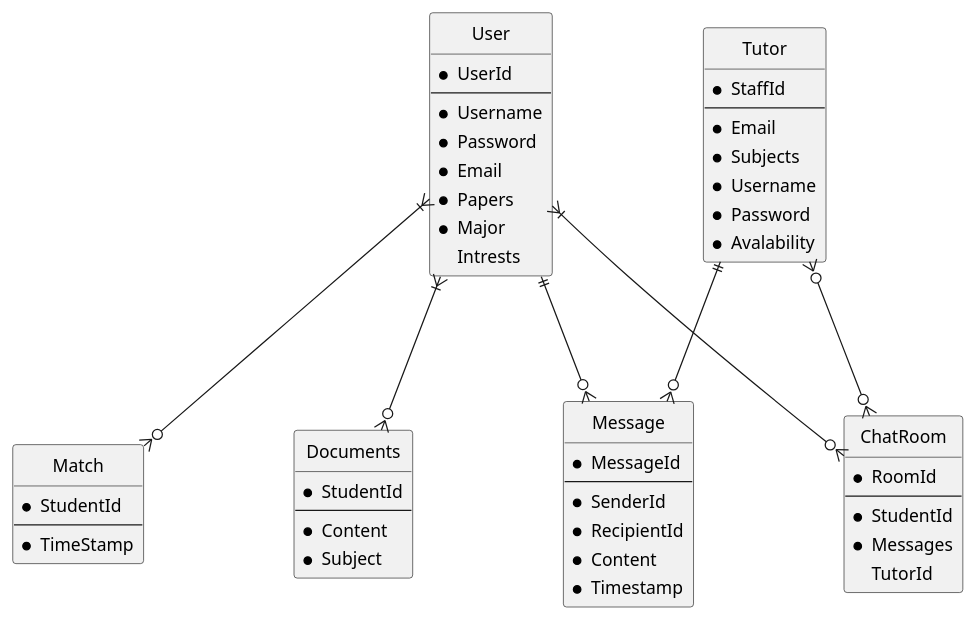
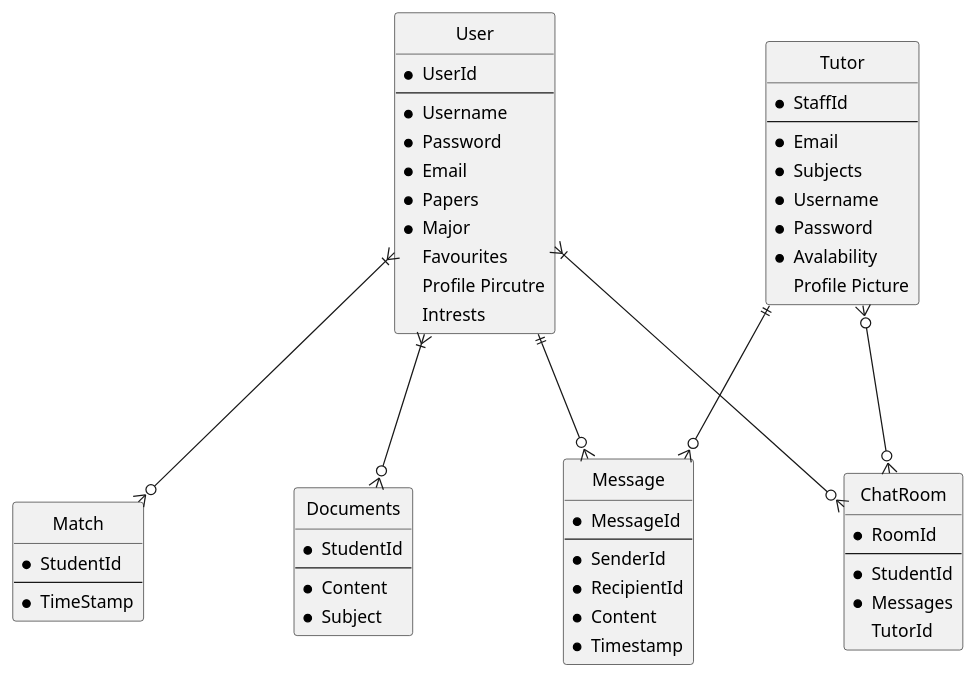
The diagram in StudyBuddy.puml (annikamarriner123/StudyBuddy), drawn with PlantUML before and after one commit.

Commit message:
Added fields to user to match reqs

```diff
--- a/StudyBuddy.puml
+++ b/StudyBuddy.puml
@@ -1,97 +1,100 @@
 @startuml
 
 skinparam {
   Style StrictUML
 
   ' make the stereotypes less ugly
   ClassStereotypeFont {
     Size 10
     Style plain
   }
 
   ' make boxes slightly less pointy
   RoundCorner 5
 
   ' make everything slightly less cramped
   Padding 2
 
   ' vertical spacing (make room for labels)
   RankSep 100
 
   ' horizontal spacing (make room for labels)
   NodeSep 120
 }
 
+
 'The students who will use the app
 class "User" as user {
 * UserId
 --
 * Username
 * Password
 * Email
 * Papers
 * Major
- Intrests
+  Favourites
+  Profile Pircutre
+  Intrests
 }
 
 
 
 'Represents the tutors present on the app
 class "Tutor" as tutor{
 * StaffId
 --
 * Email
 * Subjects
 * Username
 * Password
 * Avalability
+Profile Picture
 }
 
 'Stores results when a match is made 
-'Should staffId be there as an optional thing?
 class "Match" as match{
   *StudentId
   --
   * TimeStamp
 }
 
 'This represents messages between one user and another a DM
 class "Message" as msg {
   * MessageId
   --
   * SenderId
   * RecipientId
   * Content
   * Timestamp
 }
 
 
 'This is the group chat aspect where multiple tutors and students can be present
 class "ChatRoom" as room {
   * RoomId
   --
   * StudentId
   * Messages
   TutorId
 }
 
 'For when the student needs to upload/ share their study docs
 class "Documents" as docs {
   * StudentId
   --
   * Content
   * Subject
 }
 
 
 
 
 user }|--o{ room
 user }|--o{ docs
 tutor }o--o{ room
 user ||--o{ msg
 tutor ||--o{ msg
 user }|--o{ match
 
 
 @enduml
```
